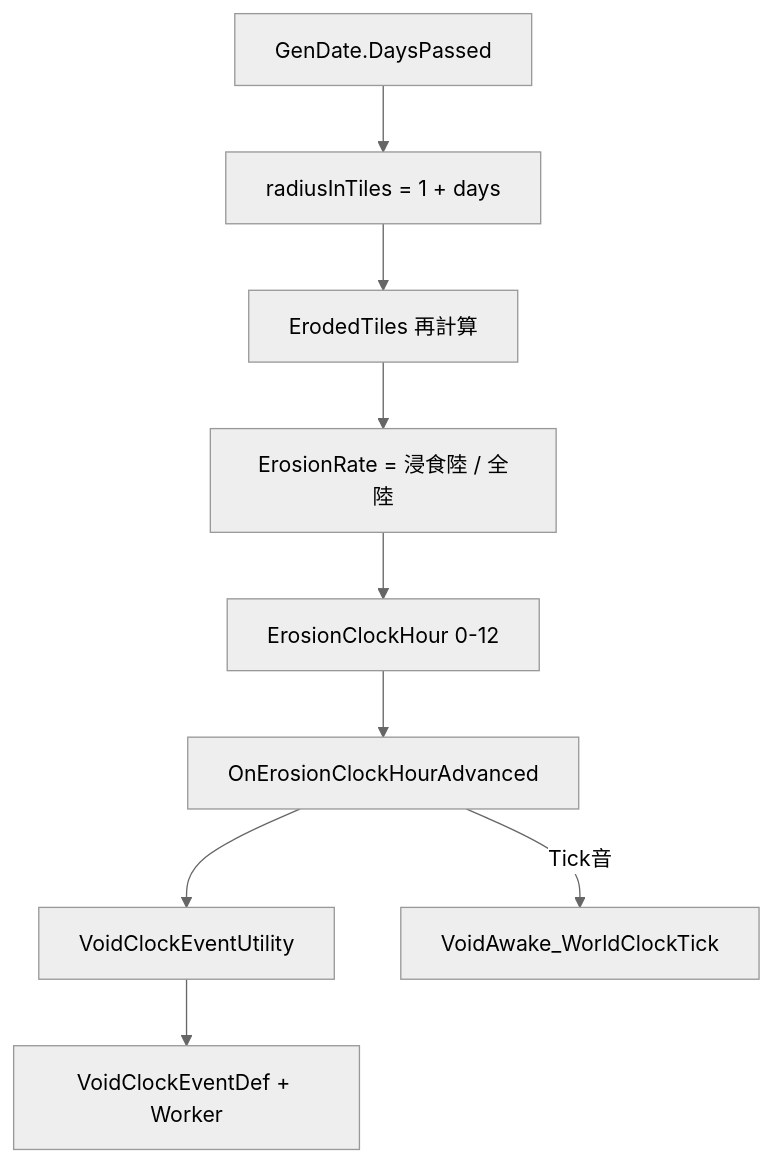
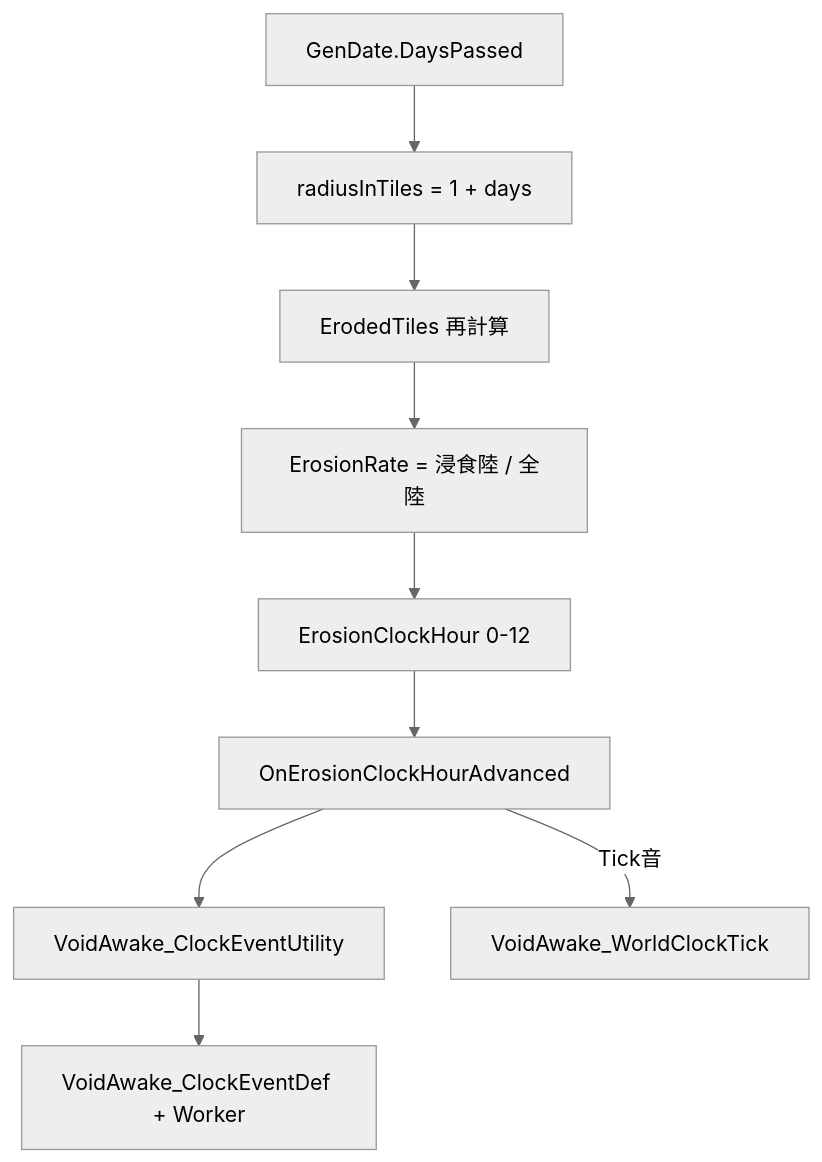
One commit to WlLL1204/VoidAwake changed the diagram in Docs/WorldClock.md. Above: the diagram before and after it, drawn with Mermaid (neutral theme). The commit also changed other lines of this file and 354 other files, not shown here.

````diff
--- a/Docs/WorldClock.md
+++ b/Docs/WorldClock.md
@@ -11,16 +11,16 @@
 ```mermaid
 flowchart TB
   Days[GenDate.DaysPassed]
   Radius[radiusInTiles = 1 + days]
   Eroded[ErodedTiles 再計算]
   Rate[ErosionRate = 浸食陸 / 全陸]
   Hour[ErosionClockHour 0-12]
   Fire[OnErosionClockHourAdvanced]
-  Util[VoidClockEventUtility]
-  Def[VoidClockEventDef + Worker]
+  Util[VoidAwake_ClockEventUtility]
+  Def[VoidAwake_ClockEventDef + Worker]
 
   Days --> Radius --> Eroded --> Rate --> Hour
   Hour --> Fire
   Fire -->|Tick音| Sound[VoidAwake_WorldClockTick]
   Fire --> Util --> Def
 ```
````
